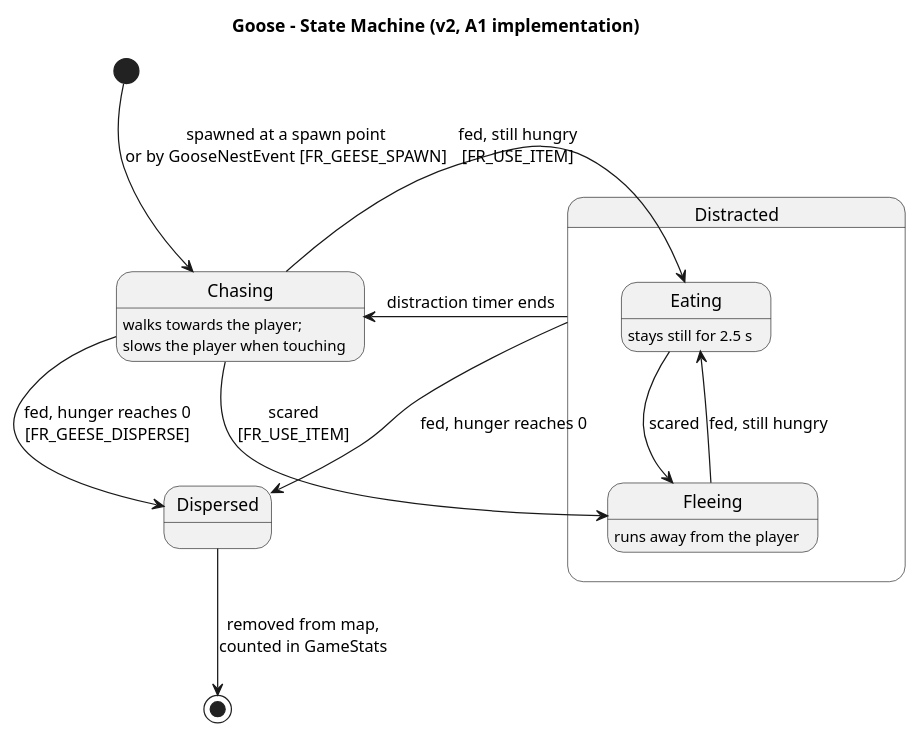
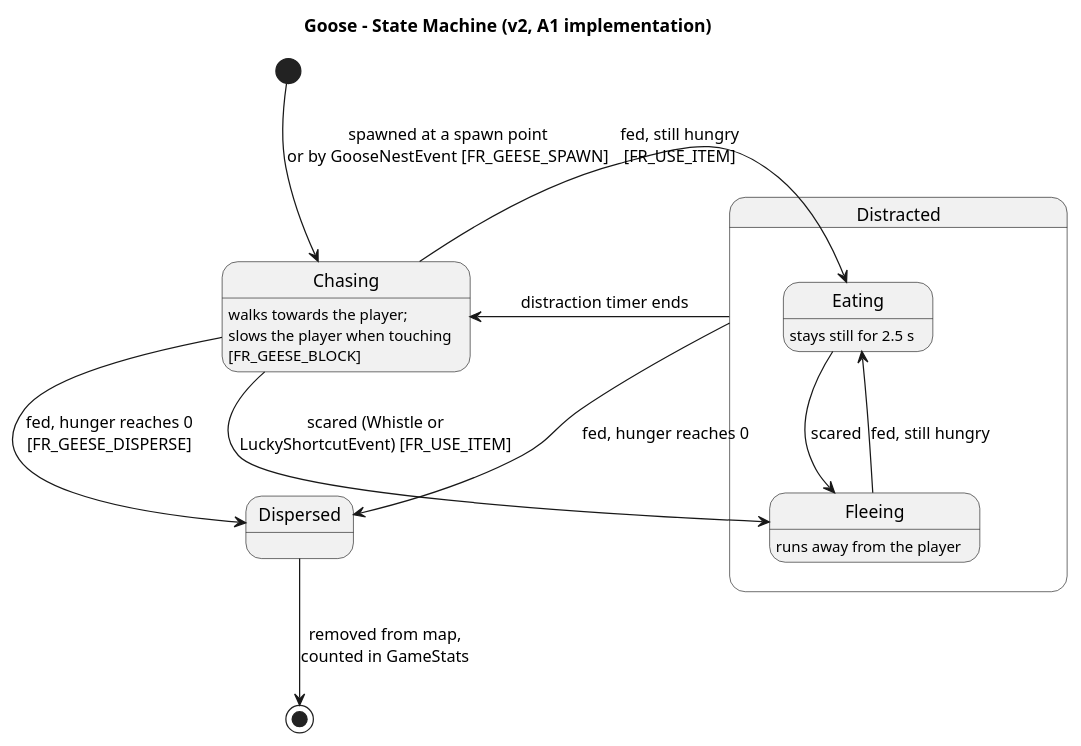
Before and after one commit to dns2jtm/Eng1_Project_Team8: the diagram in architecture/v2/4-state-goose.puml, drawn with PlantUML. The commit also changed 16 other files, not shown here.

First line of the commit message:
Update diagrams, traceability and docs for Req1 alignment

```diff
--- a/architecture/v2/4-state-goose.puml
+++ b/architecture/v2/4-state-goose.puml
@@ -1,22 +1,22 @@
 @startuml state-goose
 title Goose - State Machine (v2, A1 implementation)
 [*] --> Chasing : spawned at a spawn point\nor by GooseNestEvent [FR_GEESE_SPAWN]
 
 state Distracted {
   state Eating
   state Fleeing
 }
 
 Chasing --> Eating : fed, still hungry\n[FR_USE_ITEM]
-Chasing --> Fleeing : scared\n[FR_USE_ITEM]
+Chasing --> Fleeing : scared (Whistle or\nLuckyShortcutEvent) [FR_USE_ITEM]
 Eating --> Fleeing : scared
 Fleeing --> Eating : fed, still hungry
 Distracted --> Chasing : distraction timer ends
 Chasing --> Dispersed : fed, hunger reaches 0\n[FR_GEESE_DISPERSE]
 Distracted --> Dispersed : fed, hunger reaches 0
 Dispersed --> [*] : removed from map,\ncounted in GameStats
 
-Chasing : walks towards the player;\nslows the player when touching
+Chasing : walks towards the player;\nslows the player when touching\n[FR_GEESE_BLOCK]
 Eating : stays still for 2.5 s
 Fleeing : runs away from the player
 @enduml
```
